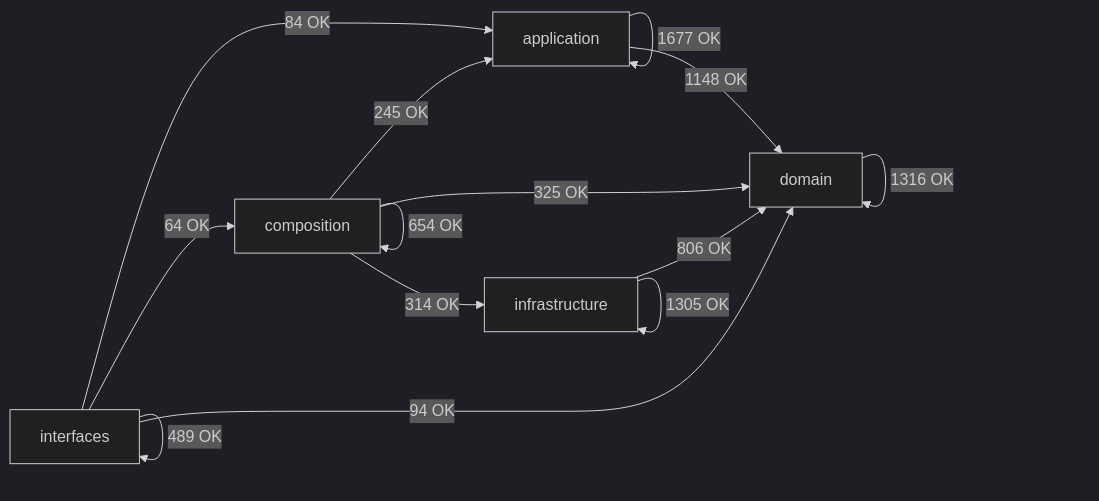
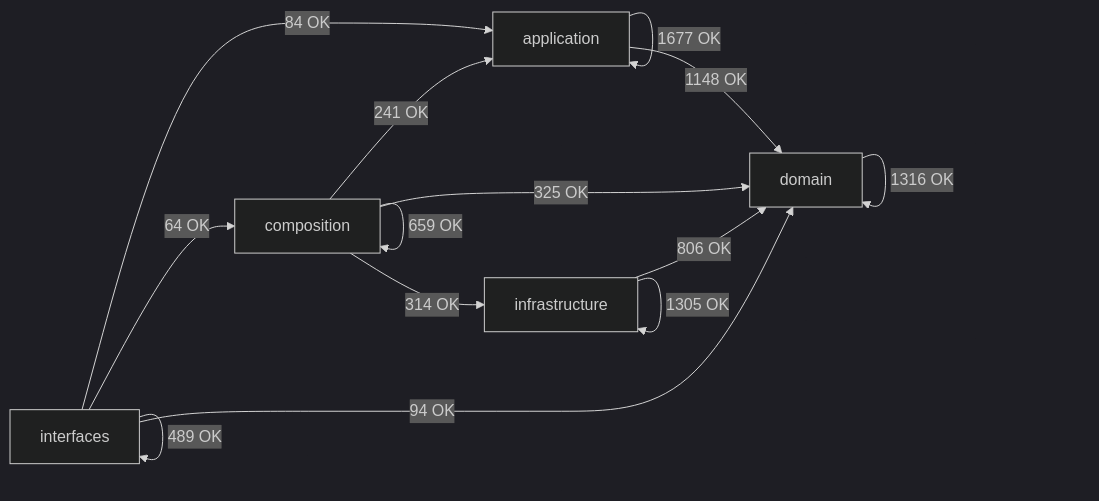
The diagram in docs/02-architecture/generated/module-dependency-map.md (SatoryKono/BioactivityDataAcquisition), drawn with Mermaid (dark theme) before and after one commit. The commit also changed other lines of this file and 11 other files, not shown here.

Commit message:
chore(architecture): refresh source-bound reports

````diff
--- a/docs/02-architecture/generated/module-dependency-map.md
+++ b/docs/02-architecture/generated/module-dependency-map.md
@@ -17,21 +17,21 @@
 ```mermaid
 flowchart LR
     domain[domain]
     application[application]
     infrastructure[infrastructure]
     composition[composition]
     interfaces[interfaces]
     application -->|1677 OK| application
     application -->|1148 OK| domain
-    composition -->|245 OK| application
-    composition -->|654 OK| composition
+    composition -->|241 OK| application
+    composition -->|659 OK| composition
     composition -->|325 OK| domain
     composition -->|314 OK| infrastructure
     domain -->|1316 OK| domain
     infrastructure -->|806 OK| domain
     infrastructure -->|1305 OK| infrastructure
     interfaces -->|84 OK| application
     interfaces -->|64 OK| composition
     interfaces -->|94 OK| domain
     interfaces -->|489 OK| interfaces
 ```
````
